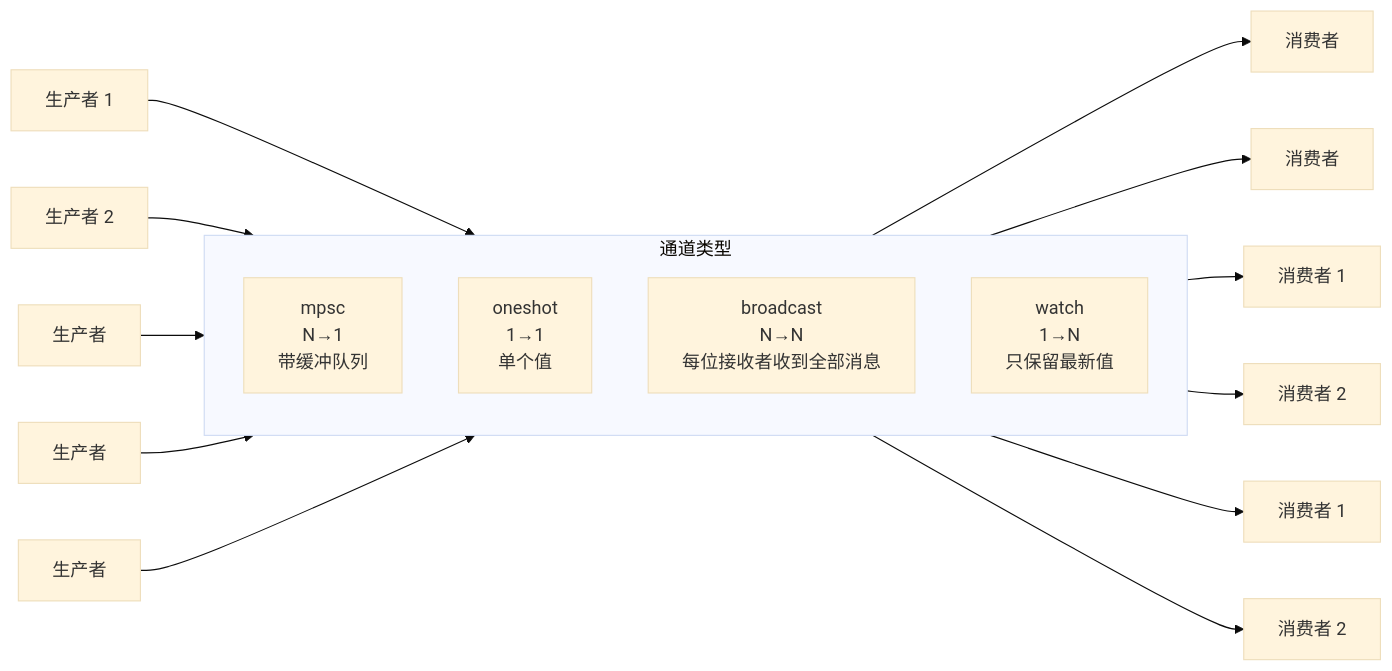
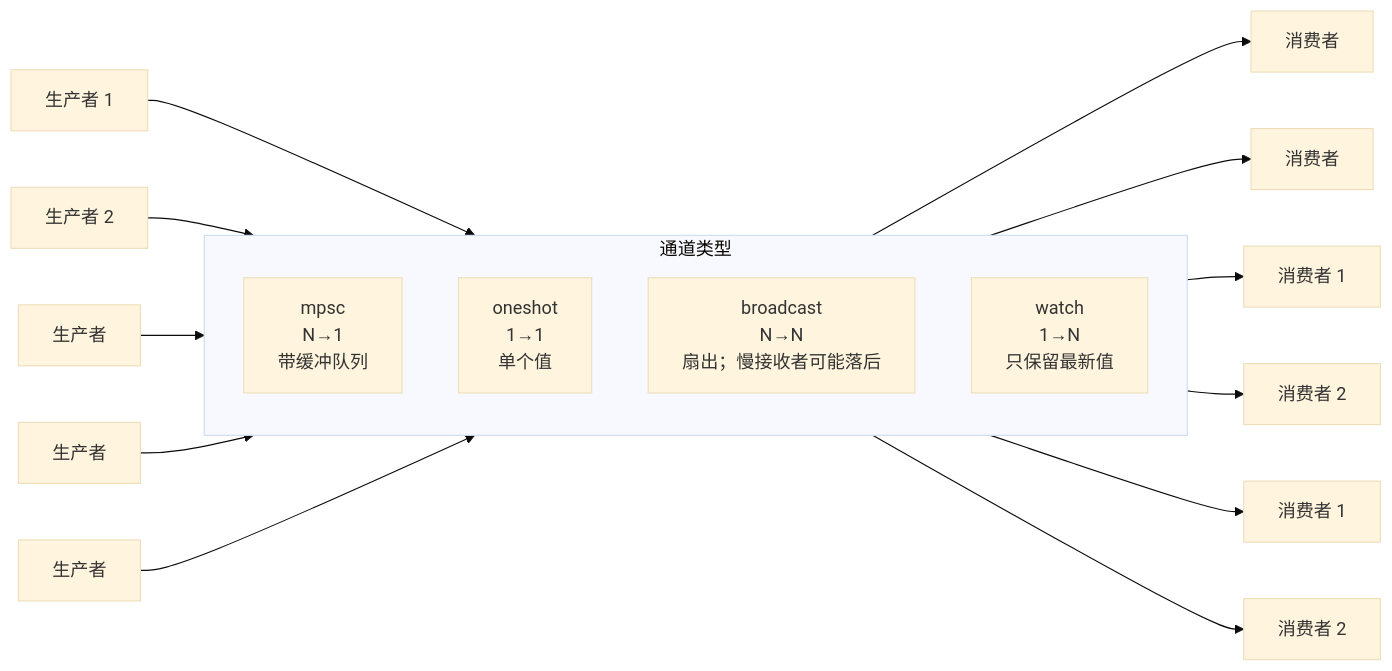
Before and after one commit to S-helios/RustTraining: the second of 3 diagrams in async-book-zh/src/ch08-tokio-deep-dive.md, drawn with Mermaid (base theme). The commit also changed other lines of this file and 30 other files, not shown here.

````diff
--- a/async-book-zh/src/ch08-tokio-deep-dive.md
+++ b/async-book-zh/src/ch08-tokio-deep-dive.md
@@ -187,22 +192,22 @@
 ```mermaid
 graph LR
     subgraph "通道类型"
         direction TB
         MPSC["mpsc<br/>N→1<br/>带缓冲队列"]
         ONESHOT["oneshot<br/>1→1<br/>单个值"]
-        BROADCAST["broadcast<br/>N→N<br/>每位接收者收到全部消息"]
+        BROADCAST["broadcast<br/>N→N<br/>扇出；慢接收者可能落后"]
         WATCH["watch<br/>1→N<br/>只保留最新值"]
     end
 
     P1["生产者 1"] --> MPSC
     P2["生产者 2"] --> MPSC
     MPSC --> C1["消费者"]
     P3["生产者"] --> ONESHOT
     ONESHOT --> C2["消费者"]
     P4["生产者"] --> BROADCAST
     BROADCAST --> C3["消费者 1"]
     BROADCAST --> C4["消费者 2"]
     P5["生产者"] --> WATCH
     WATCH --> C5["消费者 1"]
     WATCH --> C6["消费者 2"]
 ```
````
